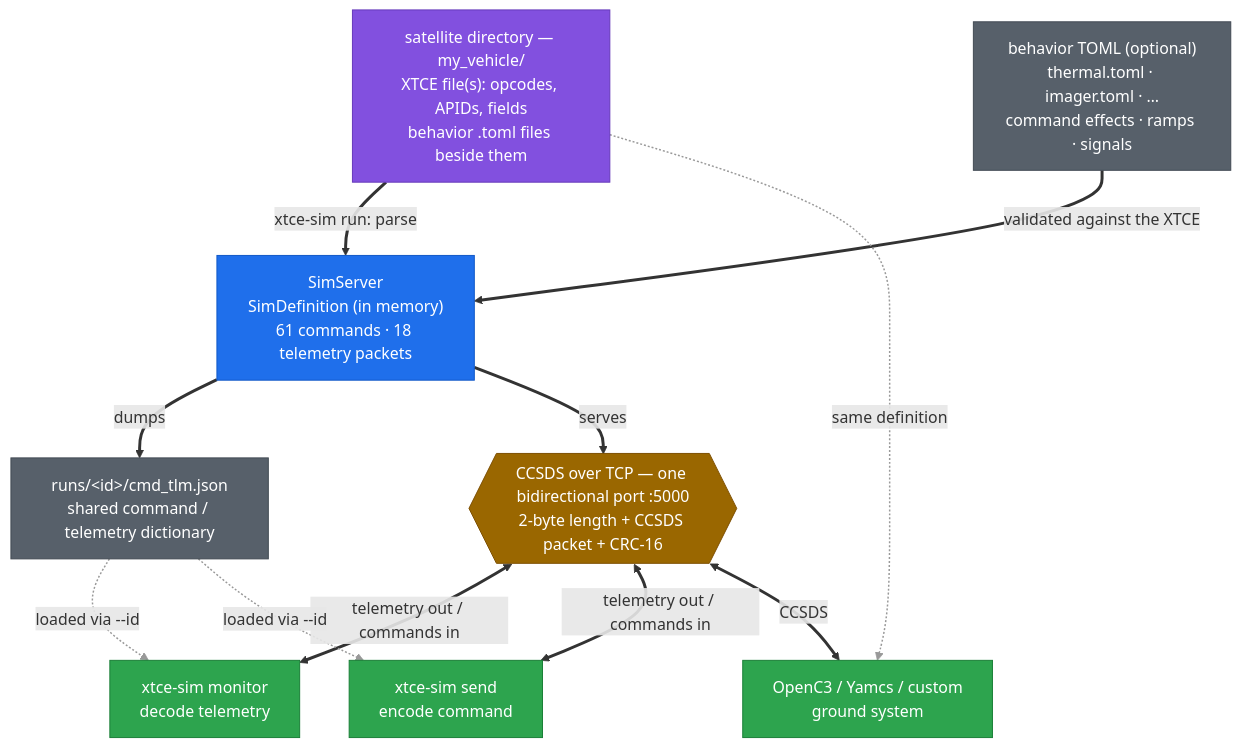
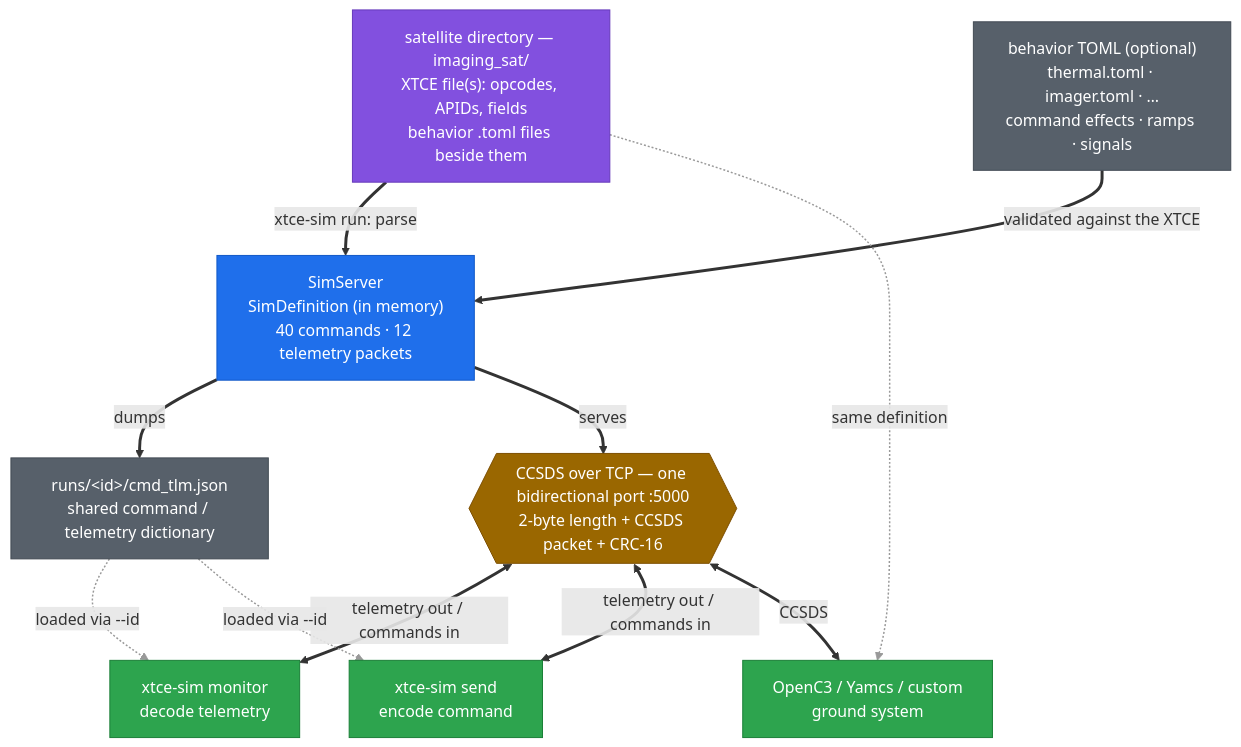
One commit to FredMessinger2/xtce-sim changed the diagram in README.md. Above: the diagram before and after it, drawn with Mermaid. The commit also changed other lines of this file and 19 other files, not shown here.

````diff
--- a/README.md
+++ b/README.md
@@ -28,41 +28,41 @@
 ```mermaid
 flowchart TD
-    XTCE["satellite directory — my_vehicle/<br/>XTCE file(s): opcodes, APIDs, fields<br/>behavior .toml files beside them"]
+    XTCE["satellite directory — imaging_sat/<br/>XTCE file(s): opcodes, APIDs, fields<br/>behavior .toml files beside them"]
     BEH["behavior TOML (optional)<br/>thermal.toml · imager.toml · …<br/>command effects · ramps · signals"]
-    SIM["SimServer<br/>SimDefinition (in memory)<br/>61 commands · 18 telemetry packets"]
+    SIM["SimServer<br/>SimDefinition (in memory)<br/>40 commands · 12 telemetry packets"]
     JSON["runs/&lt;id&gt;/cmd_tlm.json<br/>shared command / telemetry dictionary"]
     PORT{{"CCSDS over TCP — one bidirectional port :5000<br/>2-byte length + CCSDS packet + CRC-16"}}
     MON["xtce-sim monitor<br/>decode telemetry"]
     SEND["xtce-sim send<br/>encode command"]
     GS["OpenC3 / Yamcs / custom<br/>ground system"]
 
     XTCE -->|"xtce-sim run: parse"| SIM
     BEH -->|"validated against the XTCE"| SIM
     SIM -->|dumps| JSON
     SIM -->|serves| PORT
     PORT <-->|"telemetry out / commands in"| MON
     PORT <-->|"telemetry out / commands in"| SEND
     PORT <-->|CCSDS| GS
     JSON -.->|"loaded via --id"| MON
     JSON -.->|"loaded via --id"| SEND
     XTCE -.->|"same definition"| GS
 
     %% Live/build links (solid) are thick and dark; out-of-band definition
     %% sharing (dashed) is thin and gray — dash length alone is hard to see.
     linkStyle 0,1,2,3,4,5,6 stroke-width:3px
     linkStyle 7,8,9 stroke:#999999,stroke-width:1.5px
 
     %% Explicit fills + text colors so the diagram stays readable in both
     %% GitHub themes (the default theme picks unreadable colors in dark mode).
     classDef source fill:#8250df,stroke:#6639ba,color:#ffffff
     classDef sim fill:#1f6feb,stroke:#1158c7,color:#ffffff
     classDef artifact fill:#57606a,stroke:#424a53,color:#ffffff
     classDef wire fill:#9a6700,stroke:#7d4e00,color:#ffffff
     classDef client fill:#2da44e,stroke:#1a7f37,color:#ffffff
     class XTCE source
     class BEH artifact
     class SIM sim
     class JSON artifact
     class PORT wire
     class MON,SEND,GS client
 ```
````
